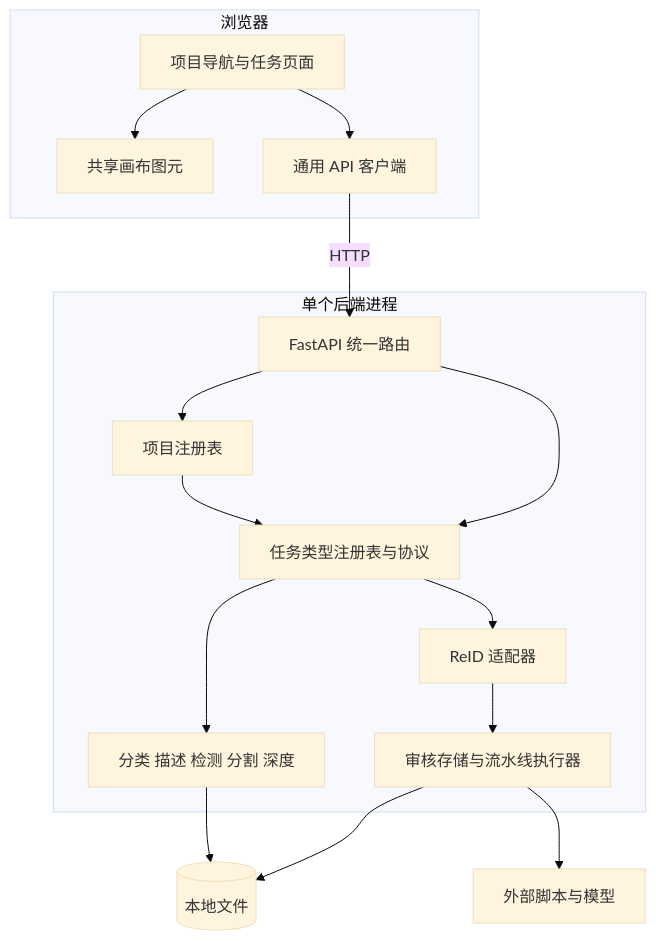
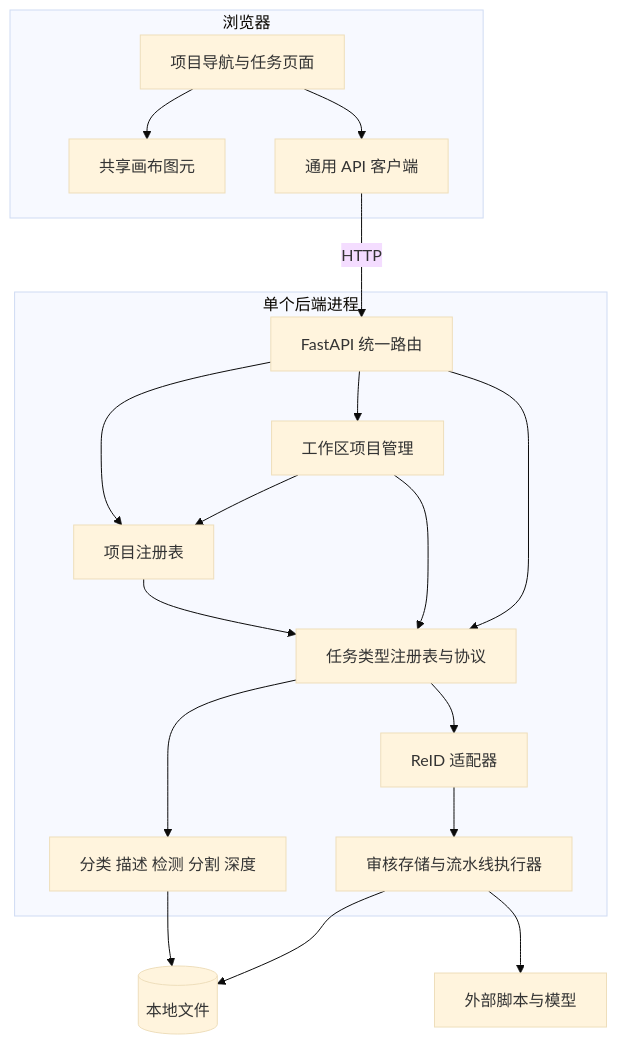
The diagram in docs/overall_design/10_系统架构.md (seagochen/annotation-toolkits), drawn with Mermaid (base theme) before and after one commit. The commit also changed other lines of this file and 14 other files, not shown here.

````diff
--- a/docs/overall_design/10_系统架构.md
+++ b/docs/overall_design/10_系统架构.md
@@ -5,19 +5,22 @@
 ```mermaid
 flowchart TB
     subgraph Browser[浏览器]
         Routes[项目导航与任务页面] --> Canvas[共享画布图元]
         Routes --> Client[通用 API 客户端]
     end
     subgraph Backend[单个后端进程]
         API[FastAPI 统一路由] --> Registry[项目注册表]
+        API --> Workspace[工作区项目管理]
+        Workspace --> Registry
+        Workspace --> Types
         Registry --> Types[任务类型注册表与协议]
         API --> Types
         Types --> Visual[分类 描述 检测 分割 深度]
         Types --> Adapter[ReID 适配器]
         Adapter --> ReID[审核存储与流水线执行器]
     end
     Client -->|HTTP| API
     Visual --> Disk[(本地文件)]
     ReID --> Disk
     ReID --> Scripts[外部脚本与模型]
 ```
````
